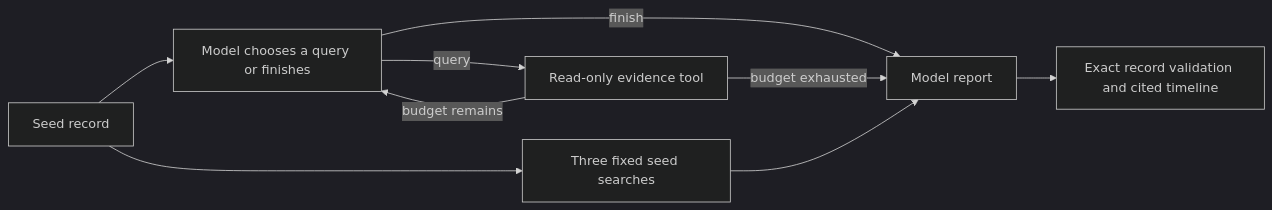
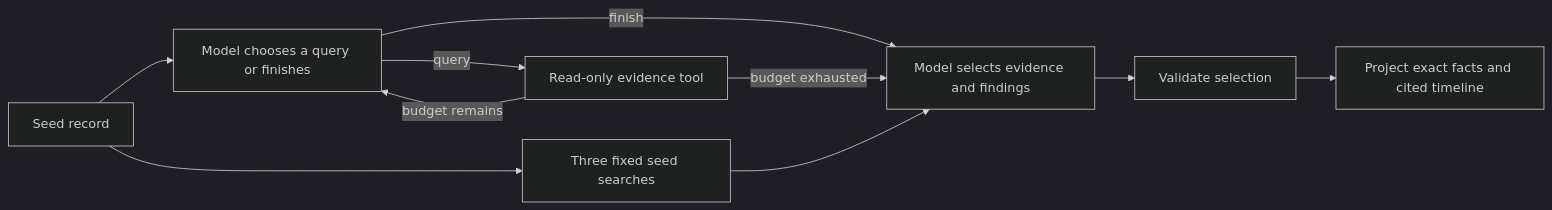
One commit to Shanmukha-Y/tracetrail changed the diagram in README.md. Above: the diagram before and after it, drawn with Mermaid (dark theme). The commit also changed other lines of this file and 15 other files, not shown here.

Commit message:
Separate exact evidence facts from model judgments

````diff
--- a/README.md
+++ b/README.md
@@ -51,11 +57,12 @@
 ```mermaid
 flowchart LR
     S[Seed record] --> P[Model chooses a query or finishes]
     P -->|query| T[Read-only evidence tool]
     T -->|budget remains| P
-    P -->|finish| R[Model report]
+    P -->|finish| R[Model selects evidence and findings]
     T -->|budget exhausted| R
     S --> F[Three fixed seed searches]
     F --> R
-    R --> V[Exact record validation and cited timeline]
+    R --> V[Validate selection]
+    V --> O[Project exact facts and cited timeline]
 ```
````
